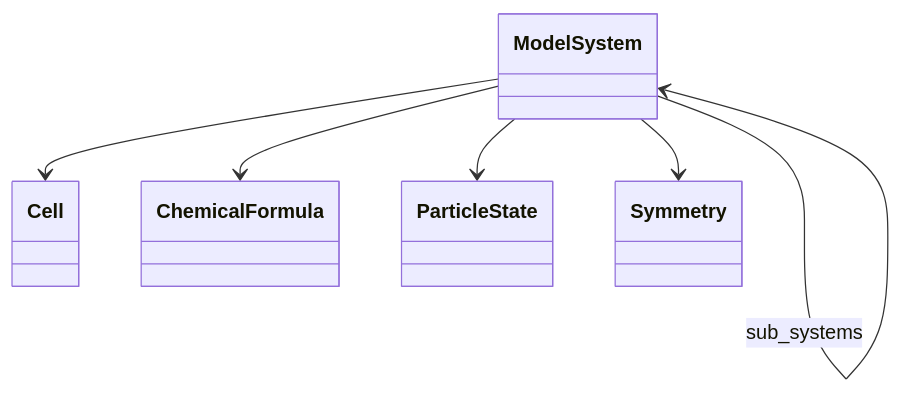
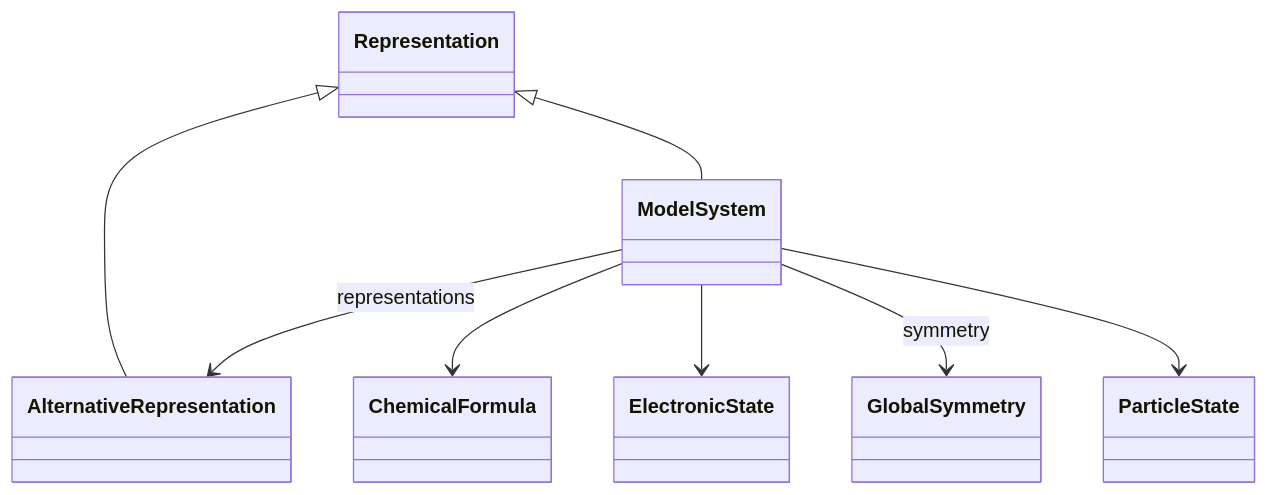
The diagram in docs/schema/model_system.diagram.md (FAIRmat-NFDI/nomad-simulations), drawn with Mermaid before and after one commit. The commit also changed other lines of this file and 41 other files, not shown here.

````diff
--- a/docs/schema/model_system.diagram.md
+++ b/docs/schema/model_system.diagram.md
@@ -16,18 +16,24 @@
 ```mermaid
 classDiagram
-    class Cell {
+    class AlternativeRepresentation {
     }
     class ChemicalFormula {
+    }
+    class ElectronicState {
+    }
+    class GlobalSymmetry {
     }
     class ModelSystem {
     }
     class ParticleState {
     }
-    class Symmetry {
+    class Representation {
     }
-    ModelSystem --> Cell
+    Representation <|-- AlternativeRepresentation
+    Representation <|-- ModelSystem
+    ModelSystem --> AlternativeRepresentation : representations
     ModelSystem --> ChemicalFormula
-    ModelSystem --> ModelSystem : sub_systems
+    ModelSystem --> ElectronicState
+    ModelSystem --> GlobalSymmetry : symmetry
     ModelSystem --> ParticleState
-    ModelSystem --> Symmetry
 ```
````
